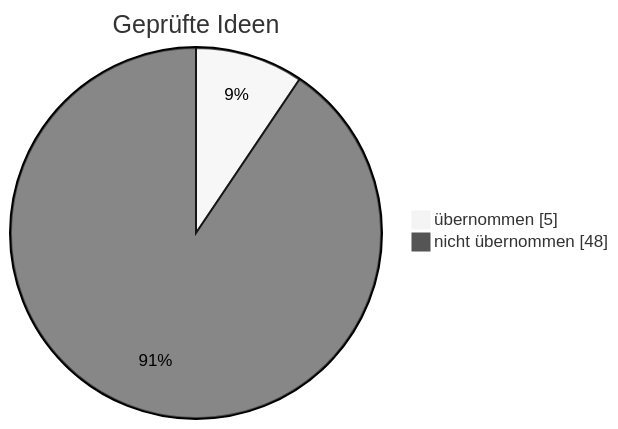
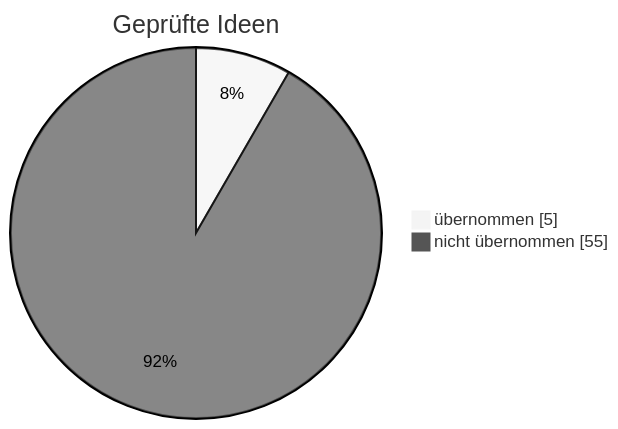
The diagram in gehirn/Notizen/Was der Bot schon weiß.md (sickingmalte-arch/Test-Bot), drawn with Mermaid (neutral theme) before and after one commit. The commit also changed other lines of this file and 28 other files, not shown here.

````diff
--- a/gehirn/Notizen/Was der Bot schon weiß.md
+++ b/gehirn/Notizen/Was der Bot schon weiß.md
@@ -22,6 +22,6 @@
 ```mermaid
 pie showData
     title Geprüfte Ideen
     "übernommen" : 5
-    "nicht übernommen" : 48
+    "nicht übernommen" : 55
 ```
````
